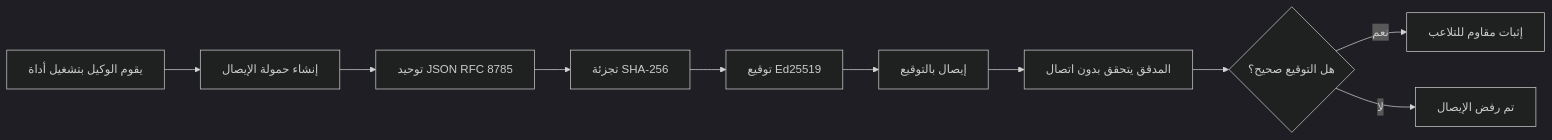
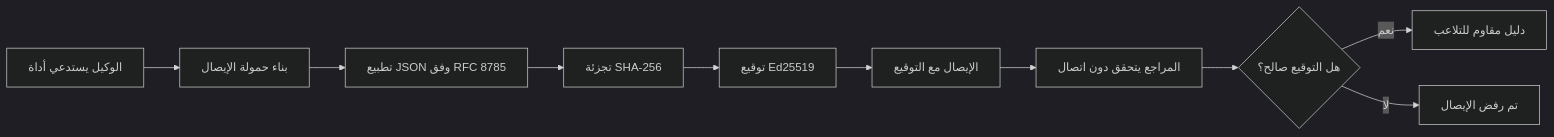
One commit to gabrielmoreira/agent-skills-mirror changed the first of 2 diagrams in mirrors/repos/microsoft@ai-agents-for-beginners/translations/ar/18-securing-ai-agents/README.md. Above: the diagram before and after it, drawn with Mermaid (dark theme). The commit also changed other lines of this file and 2285 other files, not shown here.

````diff
--- a/mirrors/repos/microsoft@ai-agents-for-beginners/translations/ar/18-securing-ai-agents/README.md
+++ b/mirrors/repos/microsoft@ai-agents-for-beginners/translations/ar/18-securing-ai-agents/README.md
@@ -51,12 +51,12 @@
 ```mermaid
 flowchart LR
-    A[يقوم الوكيل بتشغيل أداة] --> B[إنشاء حمولة الإيصال]
-    B --> C[توحيد JSON RFC 8785]
+    A[الوكيل يستدعي أداة] --> B[بناء حمولة الإيصال]
+    B --> C[تطبيع JSON وفق RFC 8785]
     C --> D[تجزئة SHA-256]
     D --> E[توقيع Ed25519]
-    E --> F[إيصال بالتوقيع]
-    F --> G[المدقق يتحقق بدون اتصال]
-    G --> H{هل التوقيع صحيح؟}
-    H -- نعم --> I[إثبات مقاوم للتلاعب]
+    E --> F[الإيصال مع التوقيع]
+    F --> G[المراجع يتحقق دون اتصال]
+    G --> H{هل التوقيع صالح؟}
+    H -- نعم --> I[دليل مقاوم للتلاعب]
     H -- لا --> J[تم رفض الإيصال]
 ```
````
